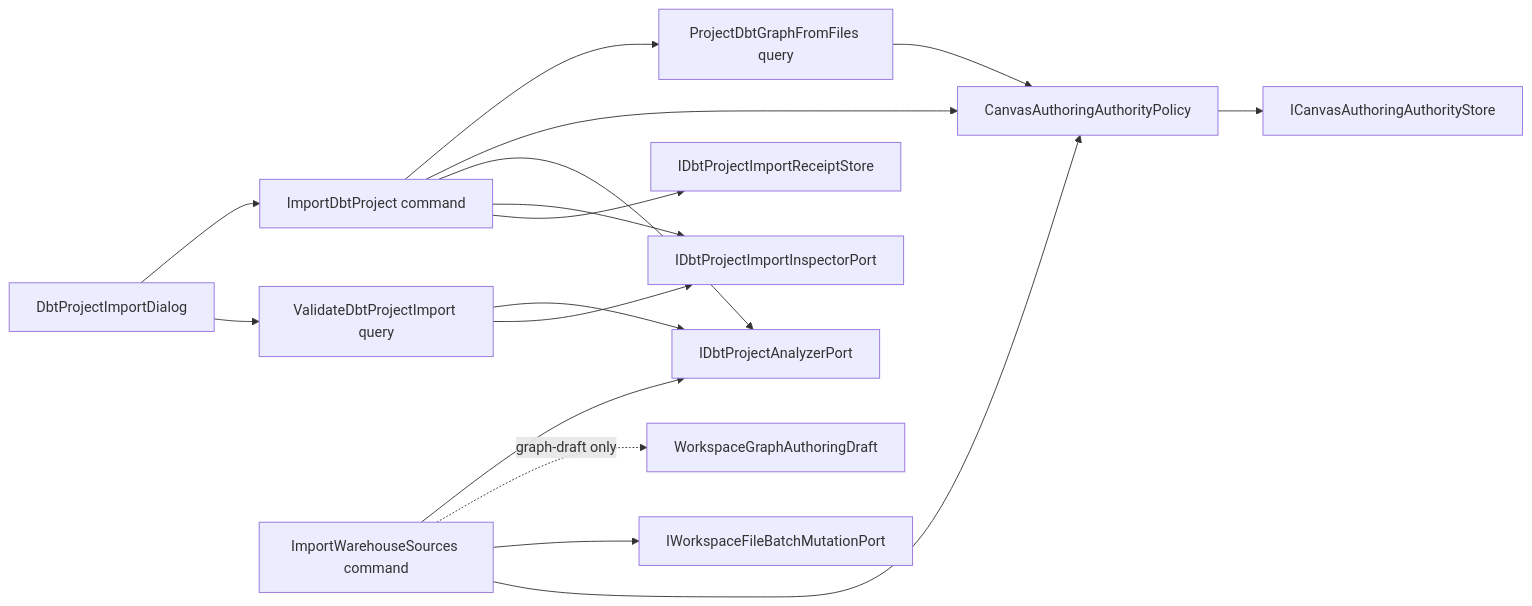
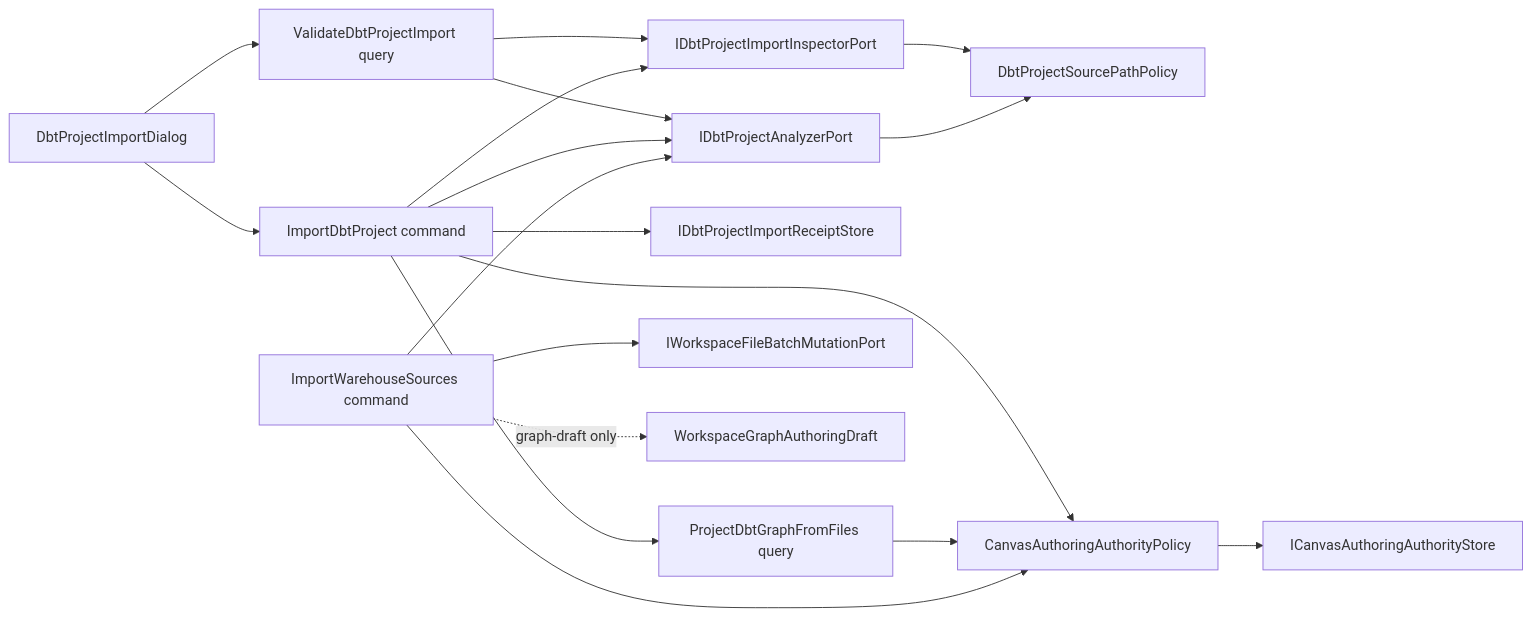
The second of 4 diagrams in docs/architecture/components/web/graph/dbt-project-import-and-source-authority-component.md (dunay2/dvt), drawn with Mermaid before and after one commit. The commit also changed other lines of this file and 12 other files, not shown here.

Commit message:
fix(api): Exclude dbt runtime artifacts from source revisions

````diff
--- a/docs/architecture/components/web/graph/dbt-project-import-and-source-authority-component.md
+++ b/docs/architecture/components/web/graph/dbt-project-import-and-source-authority-component.md
@@ -76,31 +77,34 @@
 ```mermaid
 flowchart LR
   Dialog[DbtProjectImportDialog]
   Validate[ValidateDbtProjectImport query]
   Import[ImportDbtProject command]
   Inspector[IDbtProjectImportInspectorPort]
   Analyzer[IDbtProjectAnalyzerPort]
+  SourcePathPolicy[DbtProjectSourcePathPolicy]
   AuthorityPolicy[CanvasAuthoringAuthorityPolicy]
   AuthorityStore[ICanvasAuthoringAuthorityStore]
   ReceiptStore[IDbtProjectImportReceiptStore]
   Graph[ProjectDbtGraphFromFiles query]
   Source[ImportWarehouseSources command]
   Batch[IWorkspaceFileBatchMutationPort]
   Draft[WorkspaceGraphAuthoringDraft]
 
   Dialog --> Validate
   Validate --> Inspector
   Validate --> Analyzer
+  Inspector --> SourcePathPolicy
+  Analyzer --> SourcePathPolicy
   Dialog --> Import
   Import --> ReceiptStore
   Import --> Inspector
   Import --> Analyzer
   Import --> AuthorityPolicy
   AuthorityPolicy --> AuthorityStore
   Import --> Graph
   Graph --> AuthorityPolicy
   Source --> AuthorityPolicy
   Source --> Batch
   Source -. graph-draft only .-> Draft
   Source --> Analyzer
 ```
````
